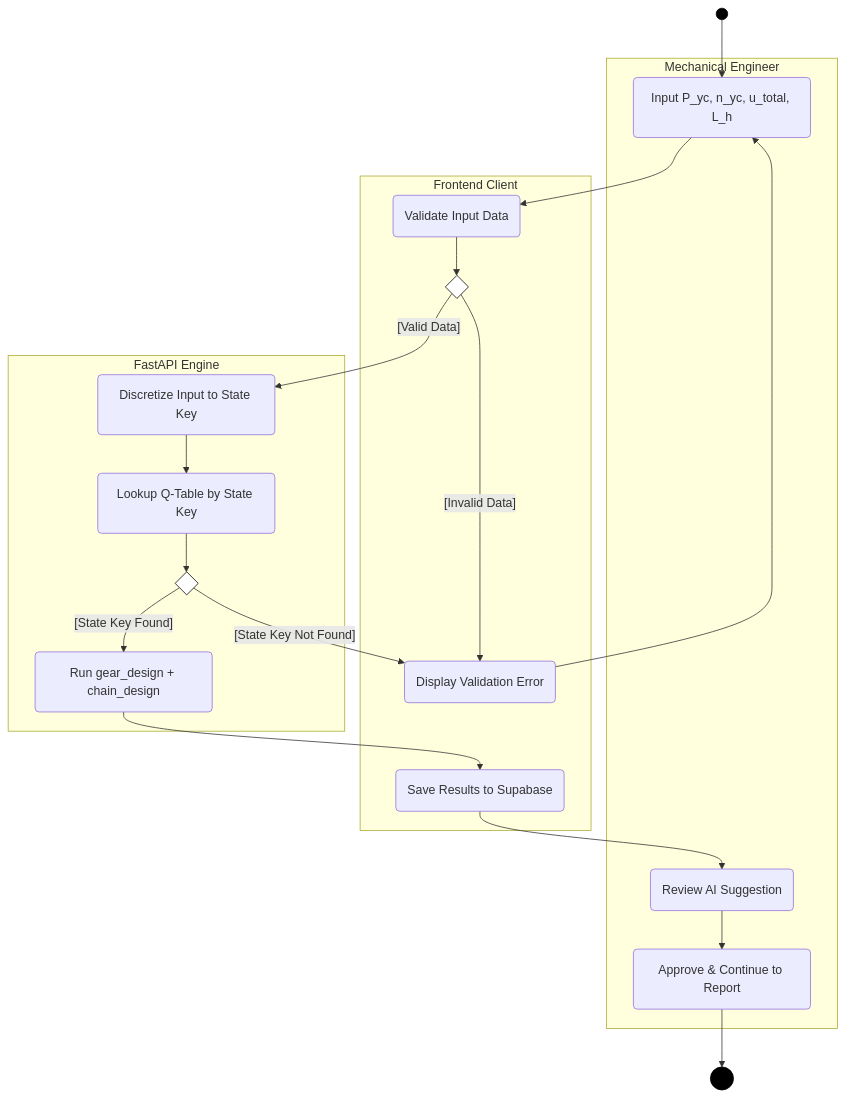
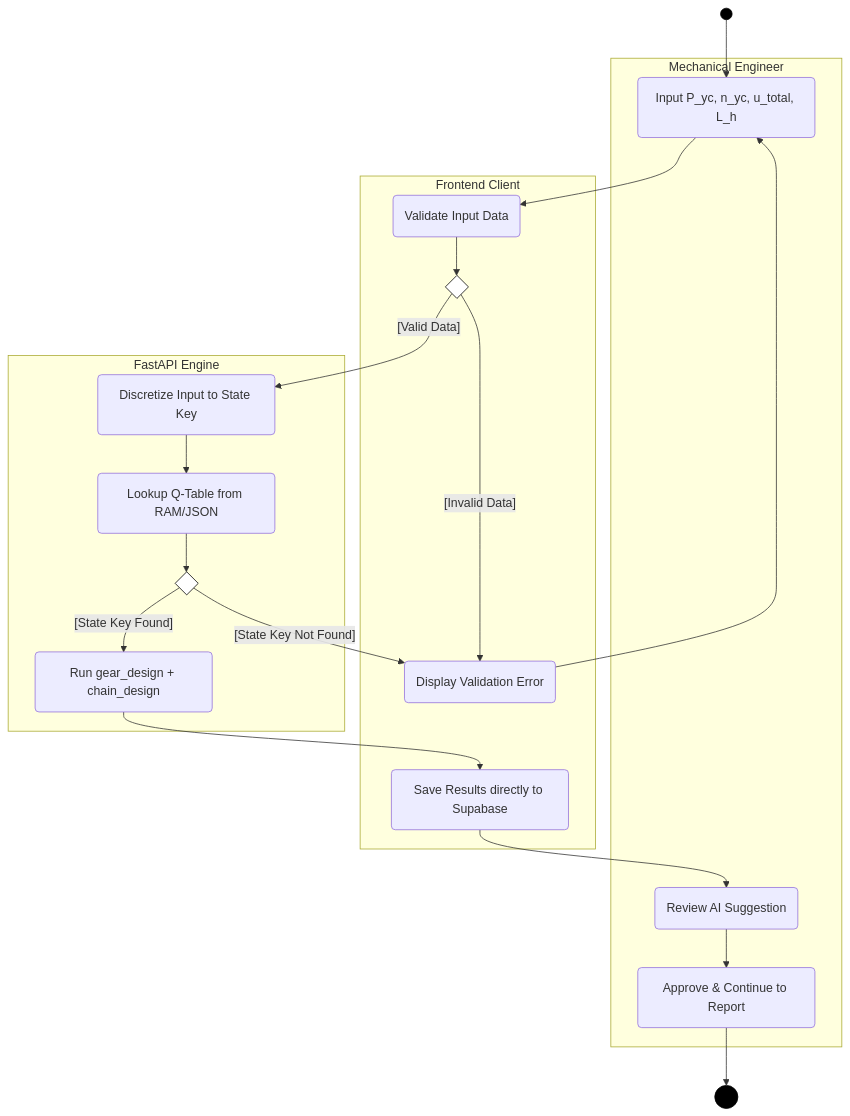
The second of 2 diagrams in docs/uml/2_Activity_Diagrams.md (dvydinh/mechdrive), drawn with Mermaid before and after one commit. The commit also changed other lines of this file and 2 other files, not shown here.

````diff
--- a/docs/uml/2_Activity_Diagrams.md
+++ b/docs/uml/2_Activity_Diagrams.md
@@ -7,47 +60,47 @@
 ```mermaid
 flowchart TD
     classDef startEnd fill:#000,stroke:#000,color:#fff;
     classDef decision fill:#fff,stroke:#000,shape:diamond;
 
     Start(( )):::startEnd
     End((( ))):::startEnd
     
     subgraph User_Lane [Mechanical Engineer]
         A1(Input P_yc, n_yc, u_total, L_h)
         A8(Review AI Suggestion)
         A9(Approve & Continue to Report)
     end
     
     subgraph UI_Lane [Frontend Client]
         A2(Validate Input Data)
         D1{" "}:::decision
         A3(Display Validation Error)
-        A7(Save Results to Supabase)
+        A7(Save Results directly to Supabase)
     end
     
     subgraph AI_Lane [FastAPI Engine]
         A4(Discretize Input to State Key)
-        A5(Lookup Q-Table by State Key)
+        A5(Lookup Q-Table from RAM/JSON)
         D2{" "}:::decision
         A6(Run gear_design + chain_design)
     end
     
     Start --> A1
     A1 --> A2
     A2 --> D1
     
     D1 -->|"[Invalid Data]"| A3
     A3 --> A1
     
     D1 -->|"[Valid Data]"| A4
     A4 --> A5
     A5 --> D2
     
     D2 -->|"[State Key Not Found]"| A3
     
     D2 -->|"[State Key Found]"| A6
     A6 --> A7
     A7 --> A8
     A8 --> A9
     A9 --> End
 ```
````
